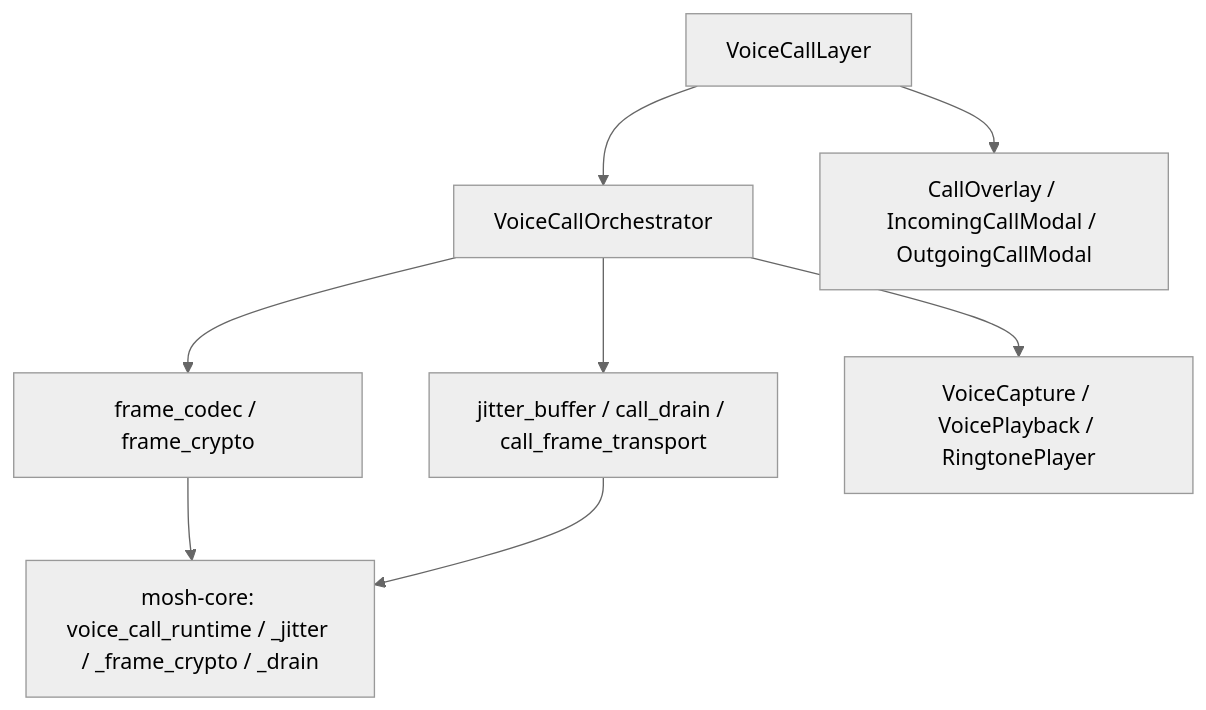
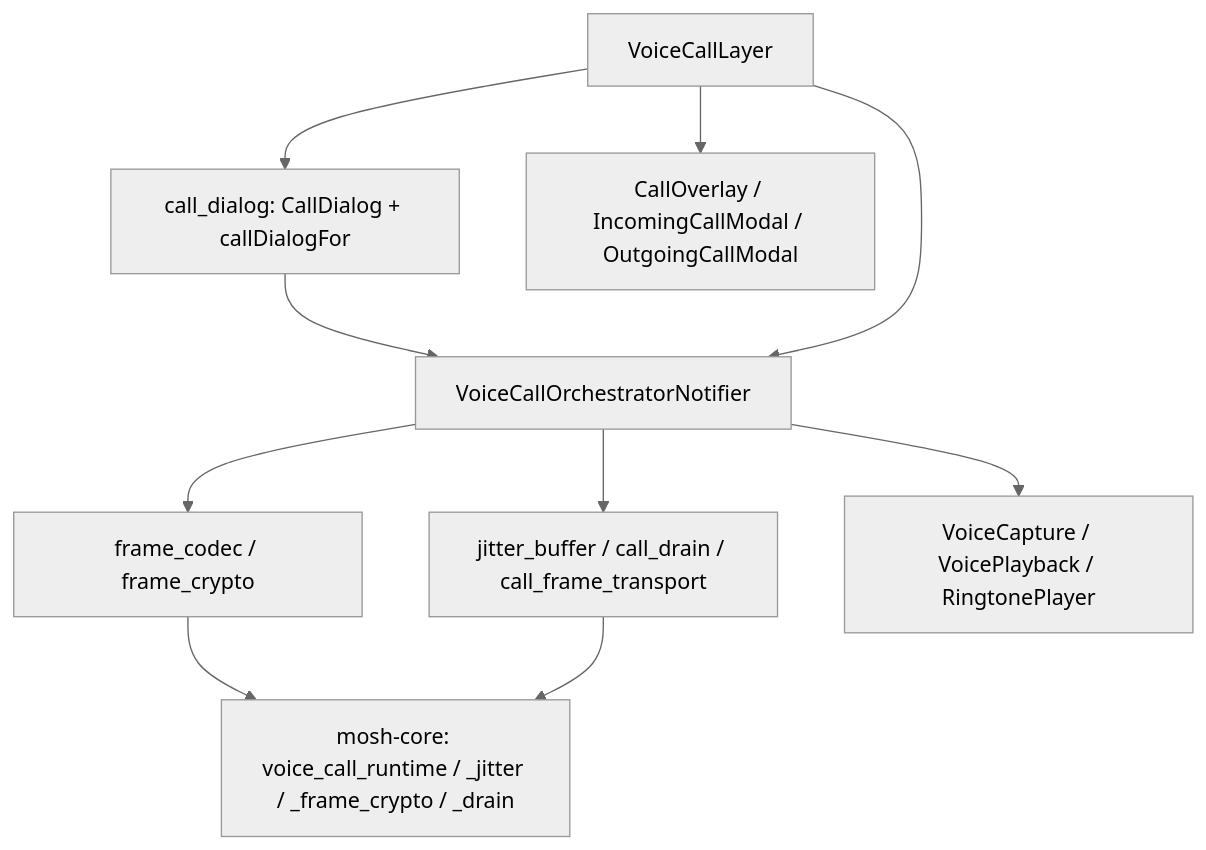
Before and after one commit to redstone-md/mosh-flutter: the ninth of 9 diagrams in docs/Architecture.md, drawn with Mermaid (neutral theme). The commit also changed other lines of this file and 12 other files, not shown here.

First line of the commit message:
refactor(voice_call): give call state one home and make the layer pure

````diff
--- a/docs/Architecture.md
+++ b/docs/Architecture.md
@@ -439,18 +439,21 @@
 ```mermaid
 flowchart TD
     Layer[VoiceCallLayer]
-    Orch[VoiceCallOrchestrator]
+    Orch[VoiceCallOrchestratorNotifier]
+    Dialog["call_dialog: CallDialog + callDialogFor"]
     Modals["CallOverlay / IncomingCallModal / OutgoingCallModal"]
     Codec["frame_codec / frame_crypto"]
     Media["jitter_buffer / call_drain / call_frame_transport"]
     Adapters["VoiceCapture / VoicePlayback / RingtonePlayer"]
     Rust["mosh-core: voice_call_runtime / _jitter / _frame_crypto / _drain"]
 
+    Dialog --> Orch
+    Layer --> Dialog
     Layer --> Modals
     Layer --> Orch
     Orch --> Adapters
     Orch --> Codec
     Orch --> Media
     Codec --> Rust
     Media --> Rust
 ```
````
